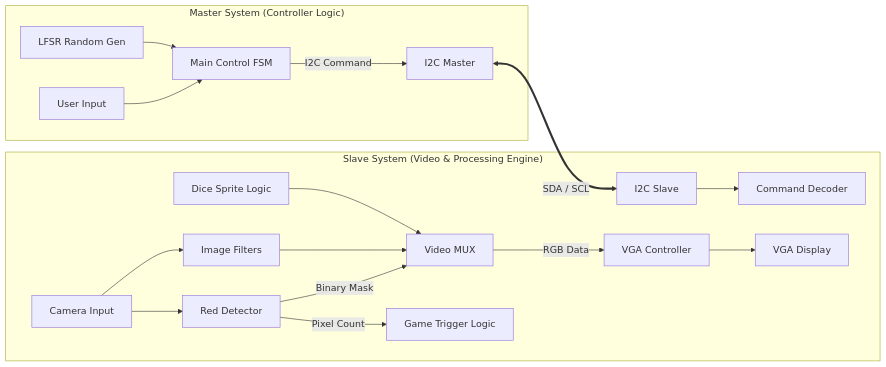
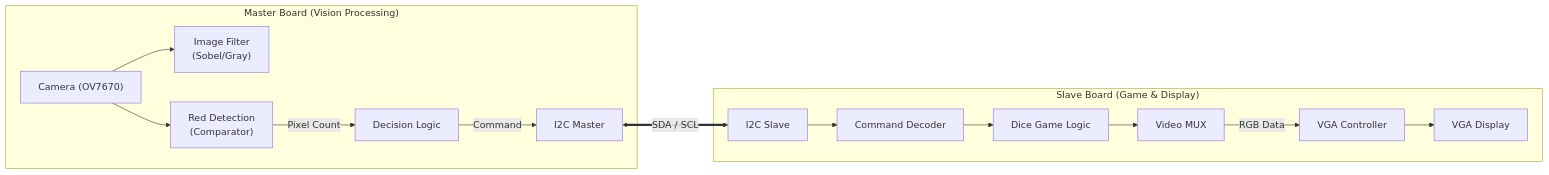
Before and after one commit to hyun1006/Real-time-VGA-Processing-Filter-Dice-Game: the diagram in README.md, drawn with Mermaid. The commit also changed other lines of this file, not shown here.

````diff
--- a/README.md
+++ b/README.md
@@ -85,26 +89,22 @@
 ```mermaid
 graph LR
-    subgraph "Master System (Controller Logic)"
-        UI["User Input"] --> FSM_M["Main Control FSM"]
-        LFSR["LFSR Random Gen"] --> FSM_M
-        FSM_M -->|"I2C Command"| I2C_M["I2C Master"]
+    subgraph "Master Board (Vision Processing)"
+        CAM["Camera (OV7670)"] --> FILTER["Image Filter<br>(Sobel/Gray)"]
+        CAM --> RED_DET["Red Detection<br>(Comparator)"]
+        
+        RED_DET -->|"Pixel Count"| LOGIC["Decision Logic"]
+        LOGIC -->|"Command"| I2C_M["I2C Master"]
     end
 
     I2C_M <==>|"SDA / SCL"| I2C_S
 
-    subgraph "Slave System (Video & Processing Engine)"
+    subgraph "Slave Board (Game & Display)"
         I2C_S["I2C Slave"] --> DEC["Command Decoder"]
         
-        CAM["Camera Input"] --> RED_DET["Red Detector"]
-        CAM --> FILTER["Image Filters"]
-        
-        RED_DET -->|"Binary Mask"| MUX
-        RED_DET -->|"Pixel Count"| LOGIC["Game Trigger Logic"]
-        
-        FILTER --> MUX["Video MUX"]
-        DICE["Dice Sprite Logic"] --> MUX
+        DEC --> DICE["Dice Game Logic"]
+        DICE --> MUX["Video MUX"]
         
         MUX -->|"RGB Data"| VGA_CORE["VGA Controller"]
         VGA_CORE --> MONITOR["VGA Display"]
     end
 ```
````
